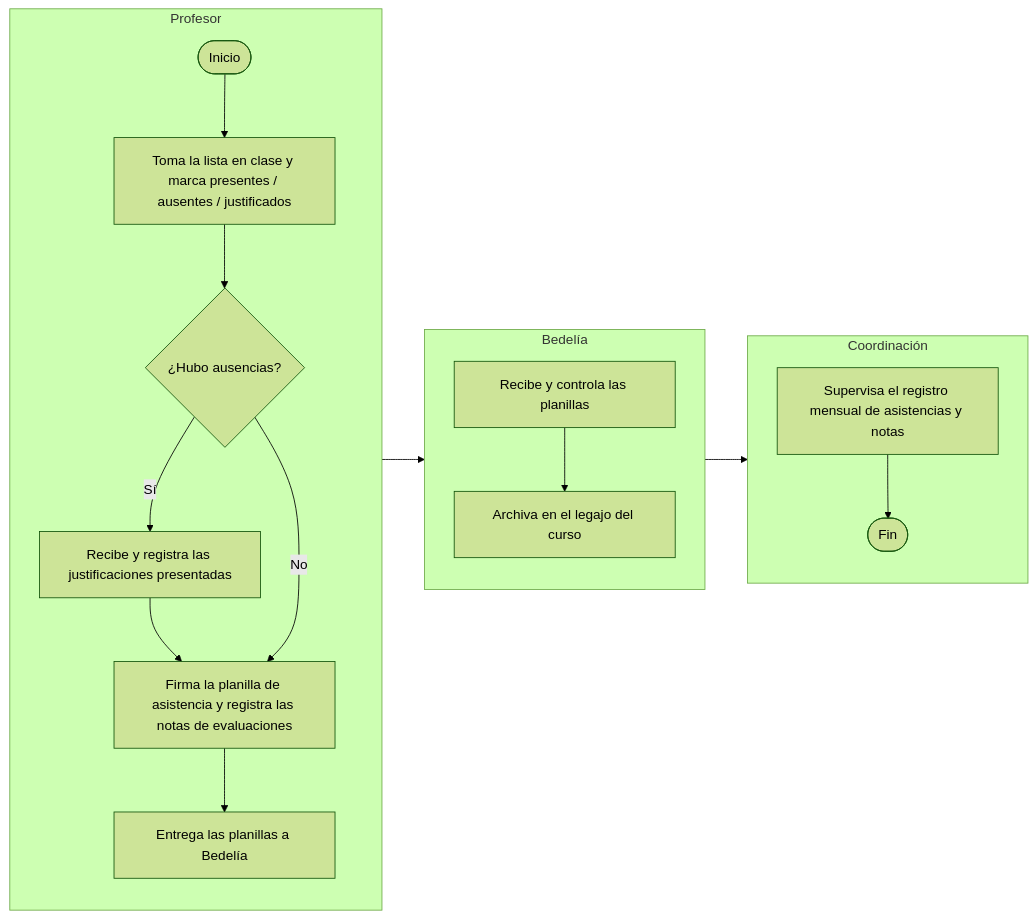
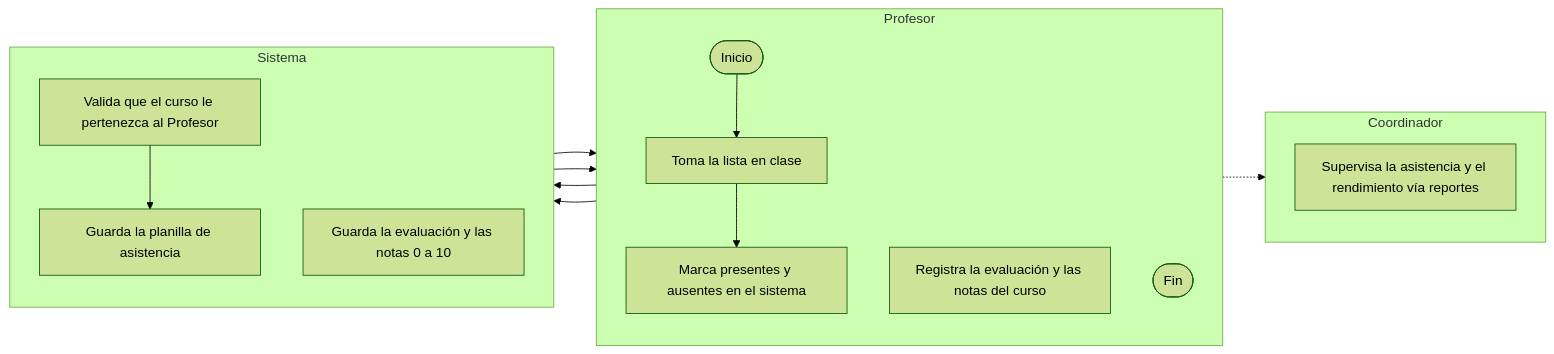
Before and after one commit to DarioZubaray/Proyecto-Final: the diagram in docs/mermaid-live/3.1.3.actividad-asistencia.mmd, drawn with Mermaid (forest theme). The commit also changed 14 other files, not shown here.

First line of the commit message:
docs(procesos): diagramas de actividad con 4 roles y modelo conceptual

```diff
--- a/docs/mermaid-live/3.1.3.actividad-asistencia.mmd
+++ b/docs/mermaid-live/3.1.3.actividad-asistencia.mmd
@@ -1,24 +1,22 @@
 flowchart LR
     subgraph PRO[Profesor]
         direction TB
         P1([Inicio])
-        P2[Toma la lista en clase y marca presentes / ausentes / justificados]
-        P3{¿Hubo ausencias?}
-        P4[Recibe y registra las justificaciones presentadas]
-        P5[Firma la planilla de asistencia y registra las notas de evaluaciones]
-        P6[Entrega las planillas a Bedelía]
+        P2[Toma la lista en clase]
+        P3[Marca presentes y ausentes en el sistema]
+        P4[Registra la evaluación y las notas del curso]
+        P5([Fin])
     end
-    subgraph BED[Bedelía]
+    subgraph SIS[Sistema]
         direction TB
-        B1[Recibe y controla las planillas]
-        B2[Archiva en el legajo del curso]
+        S1[Valida que el curso le pertenezca al Profesor]
+        S2[Guarda la planilla de asistencia]
+        S3[Guarda la evaluación y las notas 0 a 10]
     end
-    subgraph COO[Coordinación]
+    subgraph COO[Coordinador]
         direction TB
-        C1[Supervisa el registro mensual de asistencias y notas]
-        C2([Fin])
+        C1[Supervisa la asistencia y el rendimiento vía reportes]
     end
-    P1 --> P2 --> P3
-    P3 -->|Sí| P4 --> P5
-    P3 -->|No| P5
-    P5 --> P6 --> B1 --> B2 --> C1 --> C2
+    P1 --> P2 --> P3 --> S1
+    S1 --> S2 --> P4 --> S3 --> P5
+    P5 -.-> C1
```
